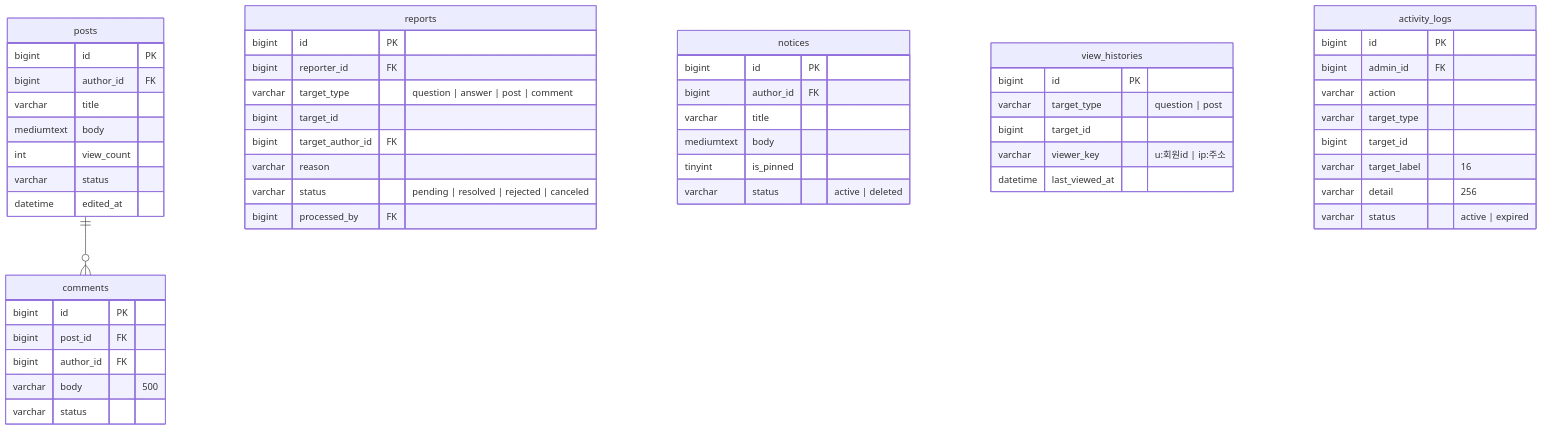
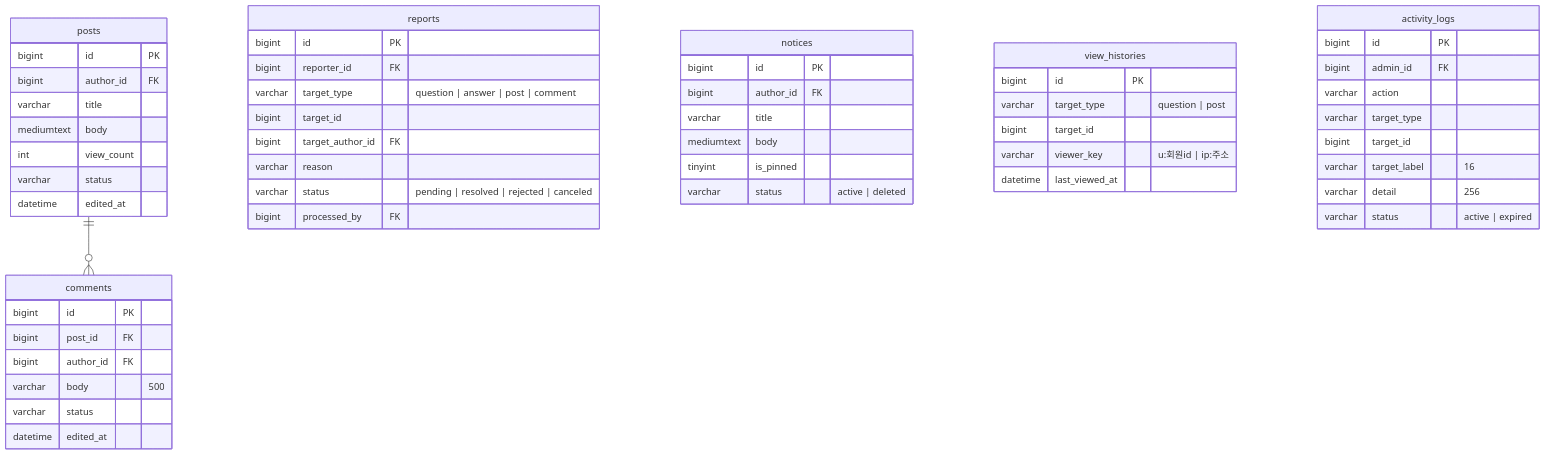
One commit to likelion-backendschool-11st/basic-project-1team changed the fourth of 4 diagrams in docs/04-db-design.md. Above: the diagram before and after it, drawn with Mermaid. The commit also changed other lines of this file and 4 other files, not shown here.

````diff
--- a/docs/04-db-design.md
+++ b/docs/04-db-design.md
@@ -242,55 +242,56 @@
 ```mermaid
 erDiagram
     posts {
         bigint id PK
         bigint author_id FK
         varchar title
         mediumtext body
         int view_count
         varchar status
         datetime edited_at
     }
     comments {
         bigint id PK
         bigint post_id FK
         bigint author_id FK
         varchar body "500"
         varchar status
+        datetime edited_at
     }
     reports {
         bigint id PK
         bigint reporter_id FK
         varchar target_type "question | answer | post | comment"
         bigint target_id
         bigint target_author_id FK
         varchar reason
         varchar status "pending | resolved | rejected | canceled"
         bigint processed_by FK
     }
     notices {
         bigint id PK
         bigint author_id FK
         varchar title
         mediumtext body
         tinyint is_pinned
         varchar status "active | deleted"
     }
     view_histories {
         bigint id PK
         varchar target_type "question | post"
         bigint target_id
         varchar viewer_key "u:회원id | ip:주소"
         datetime last_viewed_at
     }
     activity_logs {
         bigint id PK
         bigint admin_id FK
         varchar action
         varchar target_type
         bigint target_id
         varchar target_label "16"
         varchar detail "256"
         varchar status "active | expired"
     }
     posts ||--o{ comments : ""
 ```
````
